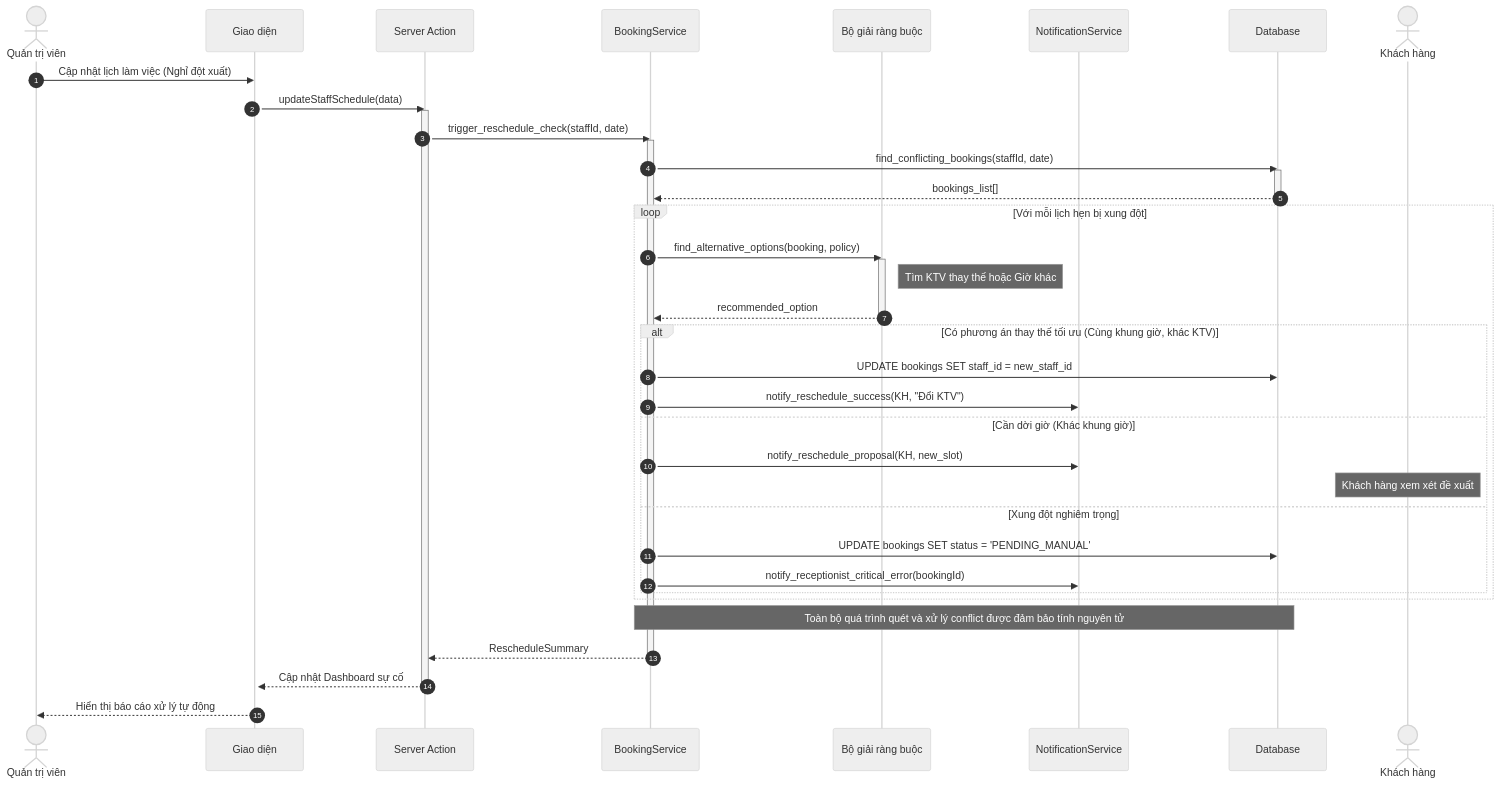
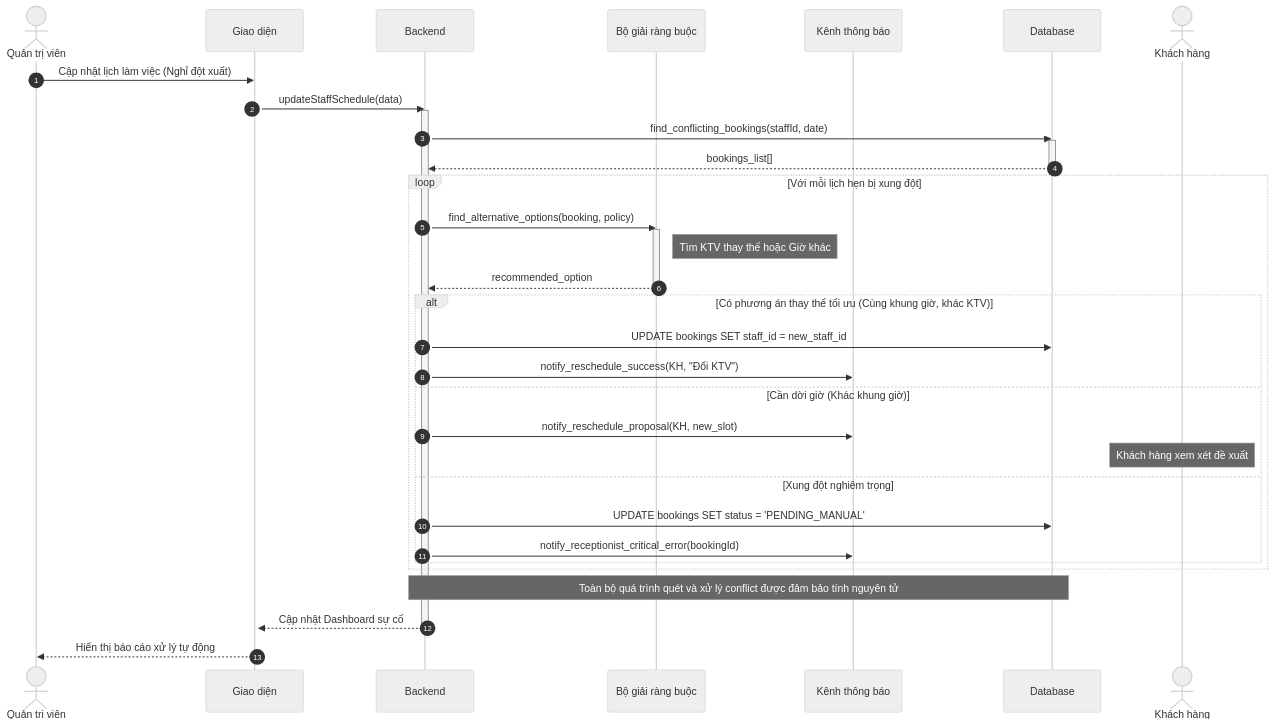
Before and after one commit to ngoctinn/Synapse: the eighth of 8 diagrams in docs/design/sequences/receptionist_flows.md, drawn with Mermaid (neutral theme). The commit also changed other lines of this file and 7 other files, not shown here.

Commit message:
docs: Add initial design documentation for authentication, user flows, and algorithm specification.

````diff
--- a/docs/design/sequences/receptionist_flows.md
+++ b/docs/design/sequences/receptionist_flows.md
@@ -396,51 +282,45 @@
 ```mermaid
 sequenceDiagram
     autonumber
     actor QTV as Quản trị viên
     participant UI as Giao diện
-    participant BFF as Server Action
-    participant S as BookingService
+    participant BE as Backend
     participant SOLVER as Bộ giải ràng buộc
-    participant NOTI as NotificationService
+    participant NOTI as Kênh thông báo
     participant DB as Database
     actor KH as Khách hàng
 
     QTV->>UI: Cập nhật lịch làm việc (Nghỉ đột xuất)
     activate UI
-    UI->>BFF: updateStaffSchedule(data)
-    activate BFF
+    UI->>BE: updateStaffSchedule(data)
+    activate BE
 
-    BFF->>S: trigger_reschedule_check(staffId, date)
-    activate S
-
-    S->>DB: find_conflicting_bookings(staffId, date)
+    BE->>DB: find_conflicting_bookings(staffId, date)
     activate DB
-    DB-->>S: bookings_list[]
+    DB-->>BE: bookings_list[]
     deactivate DB
 
     loop Với mỗi lịch hẹn bị xung đột
-        S->>SOLVER: find_alternative_options(booking, policy)
+        BE->>SOLVER: find_alternative_options(booking, policy)
         activate SOLVER
         Note right of SOLVER: Tìm KTV thay thế hoặc Giờ khác
-        SOLVER-->>S: recommended_option
+        SOLVER-->>BE: recommended_option
         deactivate SOLVER
 
         alt Có phương án thay thế tối ưu (Cùng khung giờ, khác KTV)
-            S->>DB: UPDATE bookings SET staff_id = new_staff_id
-            S->>NOTI: notify_reschedule_success(KH, "Đổi KTV")
+            BE->>DB: UPDATE bookings SET staff_id = new_staff_id
+            BE->>NOTI: notify_reschedule_success(KH, "Đổi KTV")
         else Cần dời giờ (Khác khung giờ)
-            S->>NOTI: notify_reschedule_proposal(KH, new_slot)
+            BE->>NOTI: notify_reschedule_proposal(KH, new_slot)
             Note over KH: Khách hàng xem xét đề xuất
         else Xung đột nghiêm trọng
-            S->>DB: UPDATE bookings SET status = 'PENDING_MANUAL'
-            S->>NOTI: notify_receptionist_critical_error(bookingId)
+            BE->>DB: UPDATE bookings SET status = 'PENDING_MANUAL'
+            BE->>NOTI: notify_receptionist_critical_error(bookingId)
         end
     end
 
-    Note over S,DB: Toàn bộ quá trình quét và xử lý conflict được đảm bảo tính nguyên tử
-    S-->>BFF: RescheduleSummary
-    deactivate S
-    BFF-->>UI: Cập nhật Dashboard sự cố
-    deactivate BFF
+    Note over BE,DB: Toàn bộ quá trình quét và xử lý conflict được đảm bảo tính nguyên tử
+    BE-->>UI: Cập nhật Dashboard sự cố
+    deactivate BE
     UI-->>QTV: Hiển thị báo cáo xử lý tự động
 ```
````
